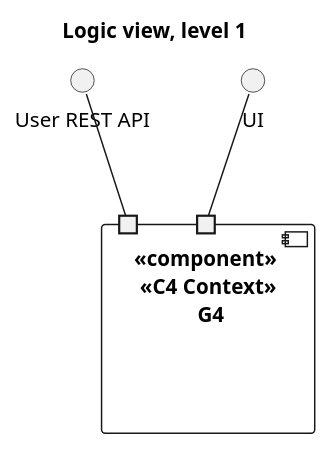
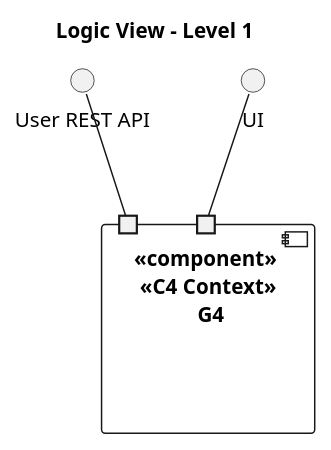
Before and after one commit to Loracline/project_switch_22-23: the first of 3 diagrams in docs/architectural_design_model/logic_view.puml, drawn with PlantUML. The commit also changed other lines of this file and 5 other files, not shown here.

Commit message:
NO US : Analysis and design : Update of architectural design model references #675

```diff
--- a/docs/architectural_design_model/logic_view.puml
+++ b/docs/architectural_design_model/logic_view.puml
@@ -1,11 +1,11 @@
 @startuml
-title Logic view, level 1
+title Logic View - Level 1
 () "User REST API" as API
 () "UI" as UI
 component "<<component>> \n <<C4 Context>> \n G4" as G4 {
 port " "
 port "  "
 UI -- "  "
 API -- " "
 }
 @enduml
```
